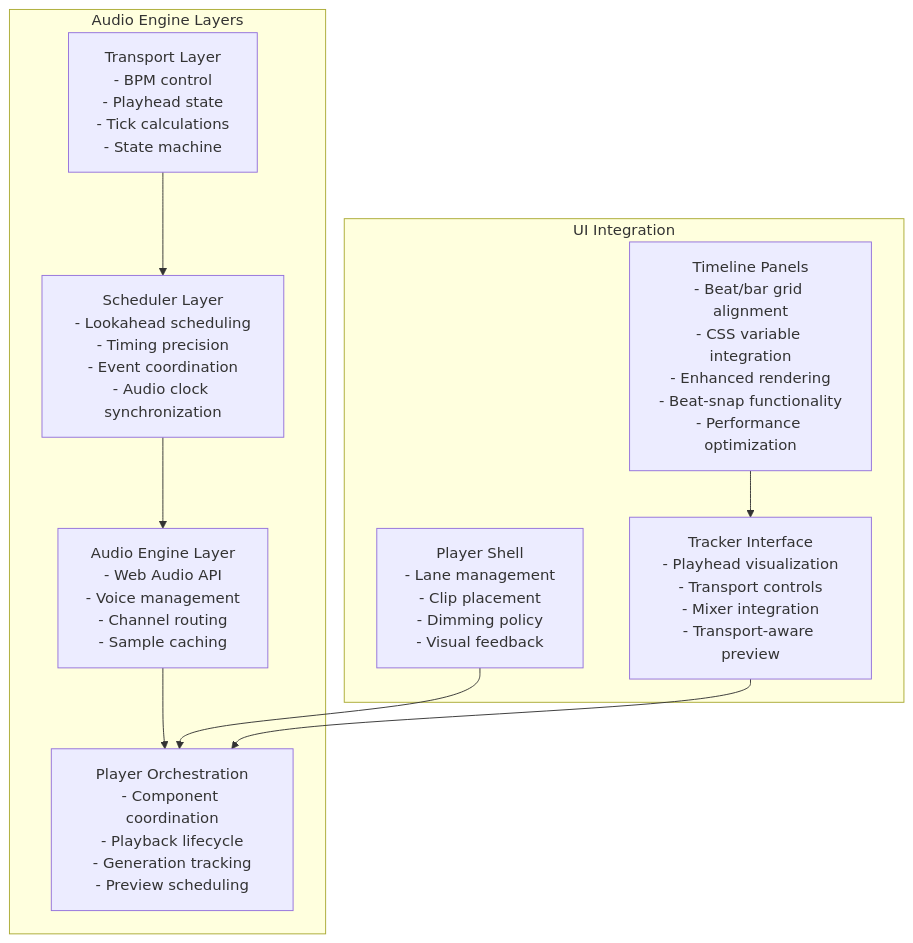
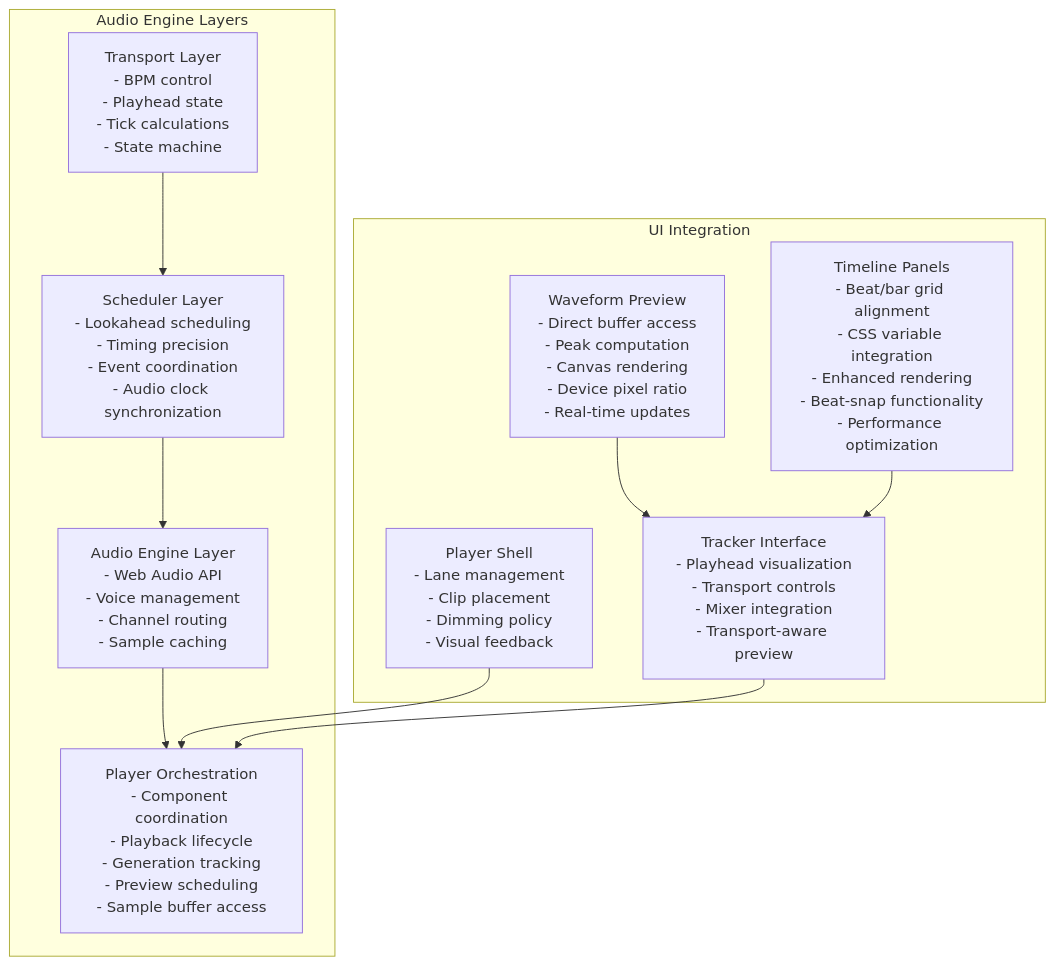
One commit to satyrlord/mixjam-electron changed the first of 13 diagrams in .qoder/repowiki/en/content/Audio Engine/Audio Engine.md. Above: the diagram before and after it, drawn with Mermaid. The commit also changed other lines of this file and 37 other files, not shown here.

First line of the commit message:
feat(footer): add waveform preview for selected samples

````diff
--- a/.qoder/repowiki/en/content/Audio Engine/Audio Engine.md
+++ b/.qoder/repowiki/en/content/Audio Engine/Audio Engine.md
@@ -72,20 +74,22 @@
 ```mermaid
 graph TB
 subgraph "Audio Engine Layers"
 A["Transport Layer<br/>- BPM control<br/>- Playhead state<br/>- Tick calculations<br/>- State machine"]
 B["Scheduler Layer<br/>- Lookahead scheduling<br/>- Timing precision<br/>- Event coordination<br/>- Audio clock synchronization"]
 C["Audio Engine Layer<br/>- Web Audio API<br/>- Voice management<br/>- Channel routing<br/>- Sample caching"]
-D["Player Orchestration<br/>- Component coordination<br/>- Playback lifecycle<br/>- Generation tracking<br/>- Preview scheduling"]
+D["Player Orchestration<br/>- Component coordination<br/>- Playback lifecycle<br/>- Generation tracking<br/>- Preview scheduling<br/>- Sample buffer access"]
 end
 subgraph "UI Integration"
 E["Player Shell<br/>- Lane management<br/>- Clip placement<br/>- Dimming policy<br/>- Visual feedback"]
 F["Tracker Interface<br/>- Playhead visualization<br/>- Transport controls<br/>- Mixer integration<br/>- Transport-aware preview"]
-G["Timeline Panels<br/>- Beat/bar grid alignment<br/>- CSS variable integration<br/>- Enhanced rendering<br/>- Beat-snap functionality<br/>- Performance optimization"]
+G["Waveform Preview<br/>- Direct buffer access<br/>- Peak computation<br/>- Canvas rendering<br/>- Device pixel ratio<br/>- Real-time updates"]
+H["Timeline Panels<br/>- Beat/bar grid alignment<br/>- CSS variable integration<br/>- Enhanced rendering<br/>- Beat-snap functionality<br/>- Performance optimization"]
 end
 A --> B
 B --> C
 C --> D
 E --> D
 F --> D
 G --> F
+H --> F
 ```
````
